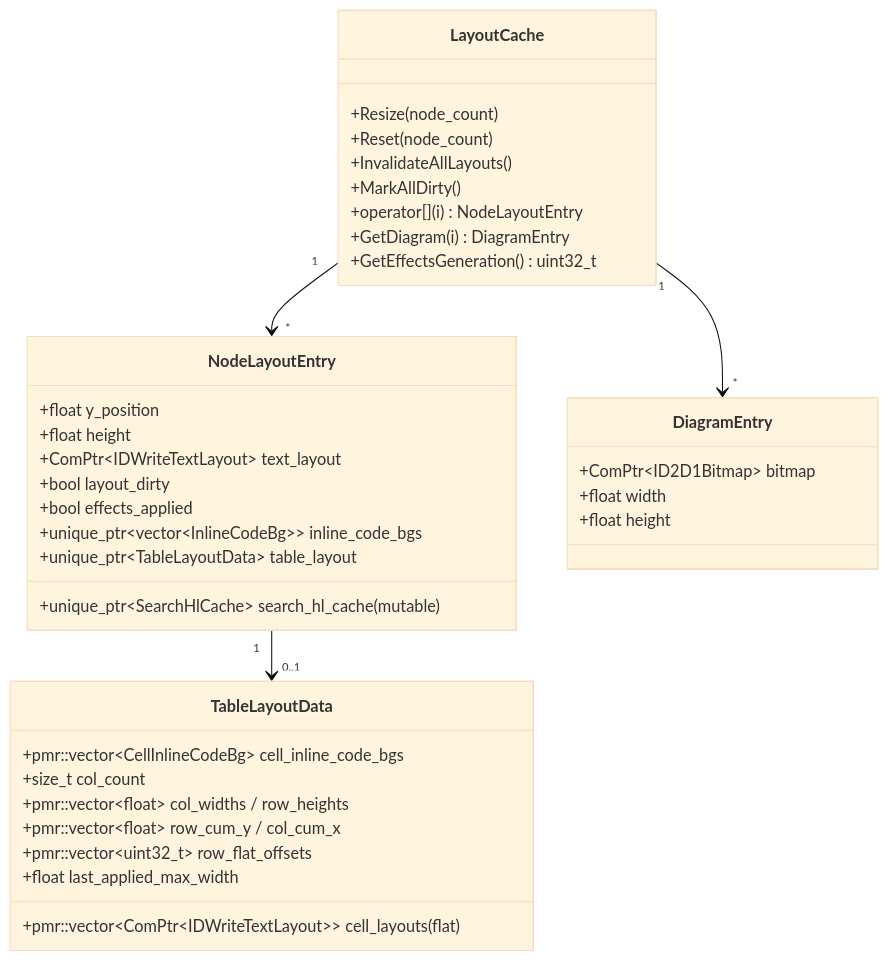
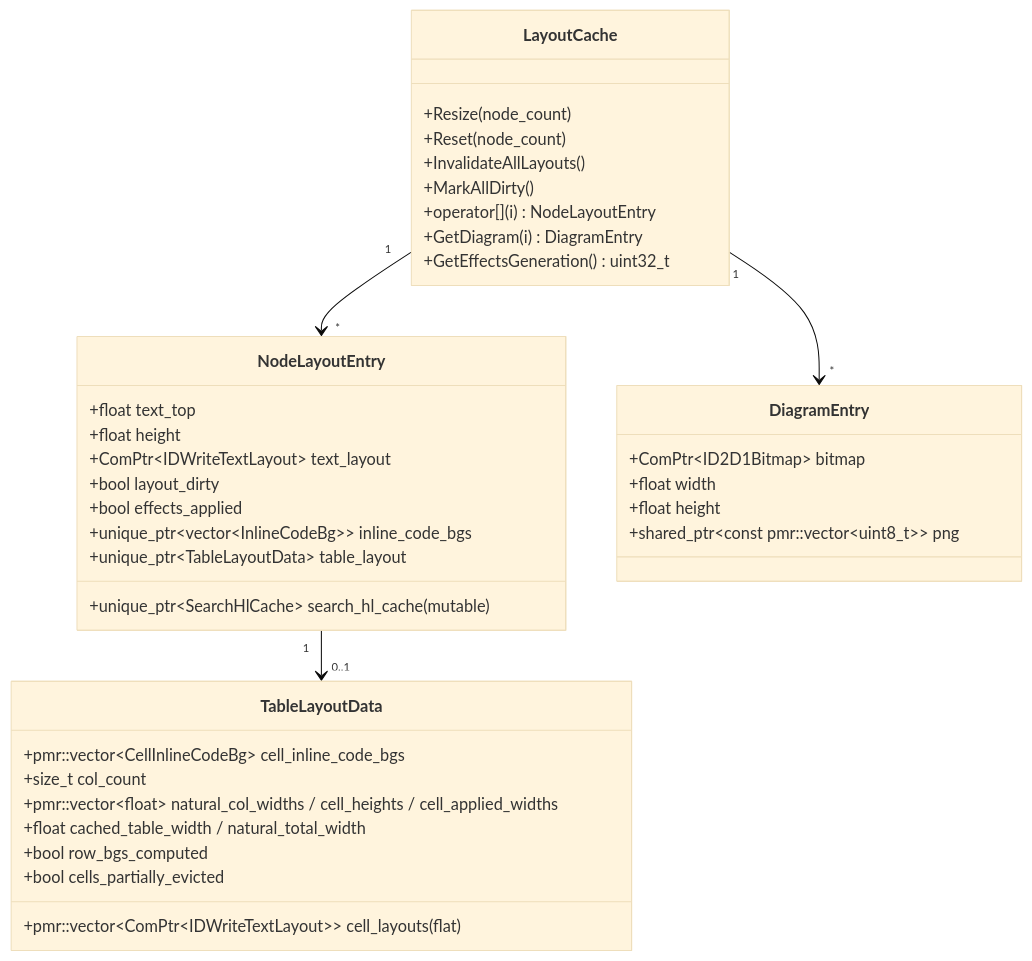
Diagram 16 of 27 in example/test.md (tanaton/mendo), drawn with Mermaid (base theme) before and after one commit. The commit also changed other lines of this file, not shown here.

````diff
--- a/example/test.md
+++ b/example/test.md
@@ -2716,43 +2677,44 @@
 ```mermaid
 classDiagram
     class LayoutCache {
         +Resize(node_count)
         +Reset(node_count)
         +InvalidateAllLayouts()
         +MarkAllDirty()
         +operator[](i) NodeLayoutEntry
         +GetDiagram(i) DiagramEntry
         +GetEffectsGeneration() uint32_t
     }
 
     class NodeLayoutEntry {
-        +float y_position
+        +float text_top
         +float height
         +ComPtr~IDWriteTextLayout~ text_layout
         +bool layout_dirty
         +bool effects_applied
         +unique_ptr~vector~InlineCodeBg~~ inline_code_bgs
         +unique_ptr~TableLayoutData~ table_layout
         +unique_ptr~SearchHlCache~ search_hl_cache (mutable)
     }
 
     class TableLayoutData {
         +pmr::vector~ComPtr~IDWriteTextLayout~~ cell_layouts (flat)
         +pmr::vector~CellInlineCodeBg~ cell_inline_code_bgs
         +size_t col_count
-        +pmr::vector~float~ col_widths / row_heights
-        +pmr::vector~float~ row_cum_y / col_cum_x
-        +pmr::vector~uint32_t~ row_flat_offsets
-        +float last_applied_max_width
+        +pmr::vector~float~ natural_col_widths / cell_heights / cell_applied_widths
+        +float cached_table_width / natural_total_width
+        +bool row_bgs_computed
+        +bool cells_partially_evicted
     }
 
     class DiagramEntry {
         +ComPtr~ID2D1Bitmap~ bitmap
         +float width
         +float height
+        +shared_ptr~const pmr::vector~uint8_t~~ png
     }
 
     LayoutCache "1" --> "*" NodeLayoutEntry
     LayoutCache "1" --> "*" DiagramEntry
     NodeLayoutEntry "1" --> "0..1" TableLayoutData
 ```
````
